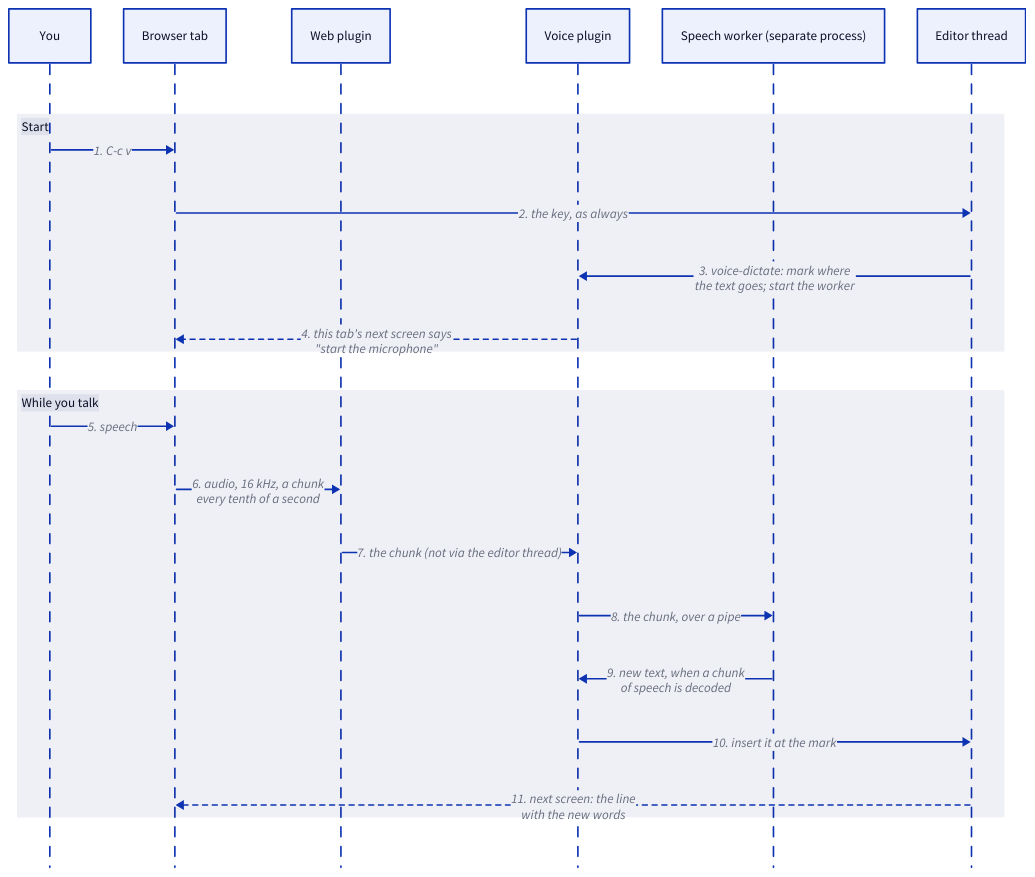
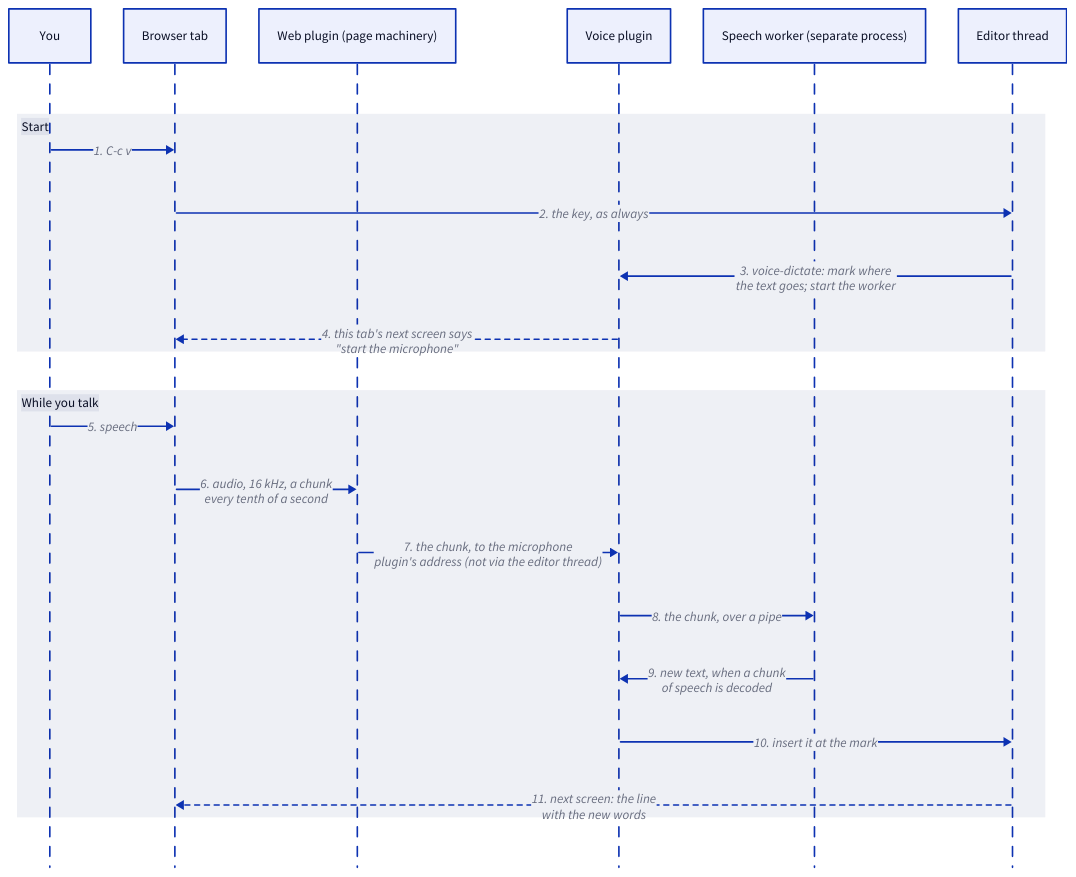
One commit to jaybonthius/tuna changed the diagram in docs/diagrams/voice-dictation.d2. Above: the diagram before and after it, drawn with D2. The commit also changed 2 other files, not shown here.

Commit message:
Voice brief: page machinery, not microphone code, in the web plugin

```diff
--- a/docs/diagrams/voice-dictation.d2
+++ b/docs/diagrams/voice-dictation.d2
@@ -1,36 +1,36 @@
 # How does speech become text in a buffer? (planned)
 vars: {
   d2-config: {
     layout-engine: dagre
     theme-id: 0
   }
 }
 shape: sequence_diagram
 
 you: You
 browser: Browser tab
-web: Web plugin
+web: Web plugin (page machinery)
 voice: Voice plugin
 worker: Speech worker (separate process)
 editor: Editor thread
 
 start: Start {
   you -> browser: "1. C-c v"
   browser -> editor: 2. the key, as always
   editor -> voice: "3. voice-dictate: mark where\nthe text goes; start the worker"
   voice -> browser: "4. this tab's next screen says\n\"start the microphone\"" {
     style.stroke-dash: 3
   }
 }
 
 talk: While you talk {
   you -> browser: 5. speech
   browser -> web: "6. audio, 16 kHz, a chunk\nevery tenth of a second"
-  web -> voice: 7. the chunk (not via the editor thread)
+  web -> voice: "7. the chunk, to the microphone\nplugin's address (not via the editor thread)"
   voice -> worker: 8. the chunk, over a pipe
   worker -> voice: "9. new text, when a chunk\nof speech is decoded"
   voice -> editor: 10. insert it at the mark
   editor -> browser: "11. next screen: the line\nwith the new words" {
     style.stroke-dash: 3
   }
 }
```
